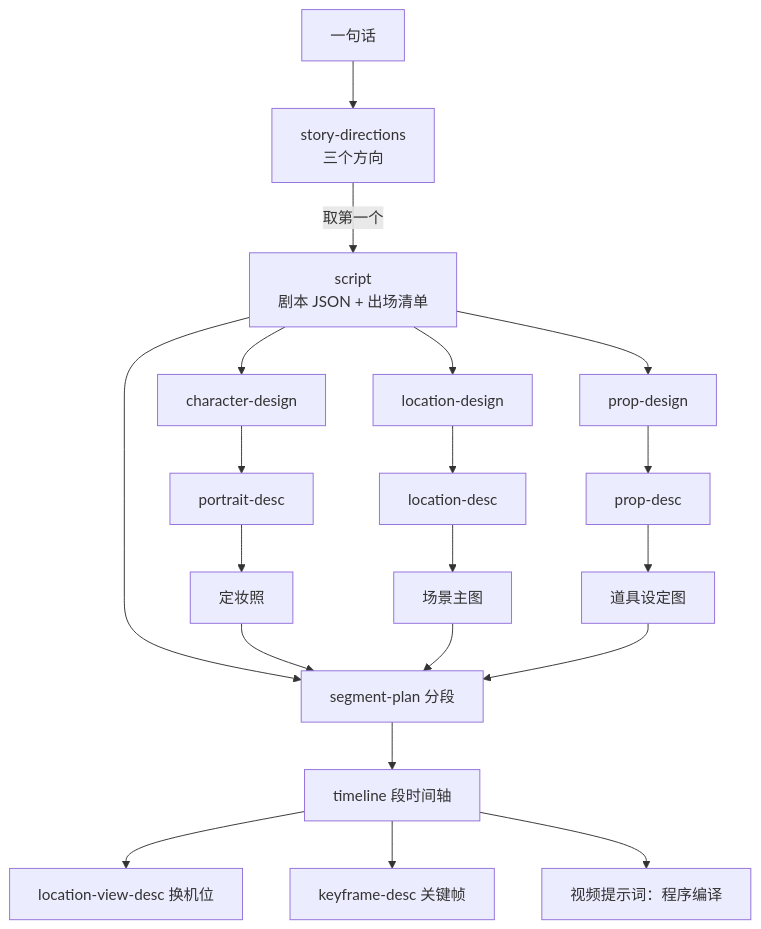
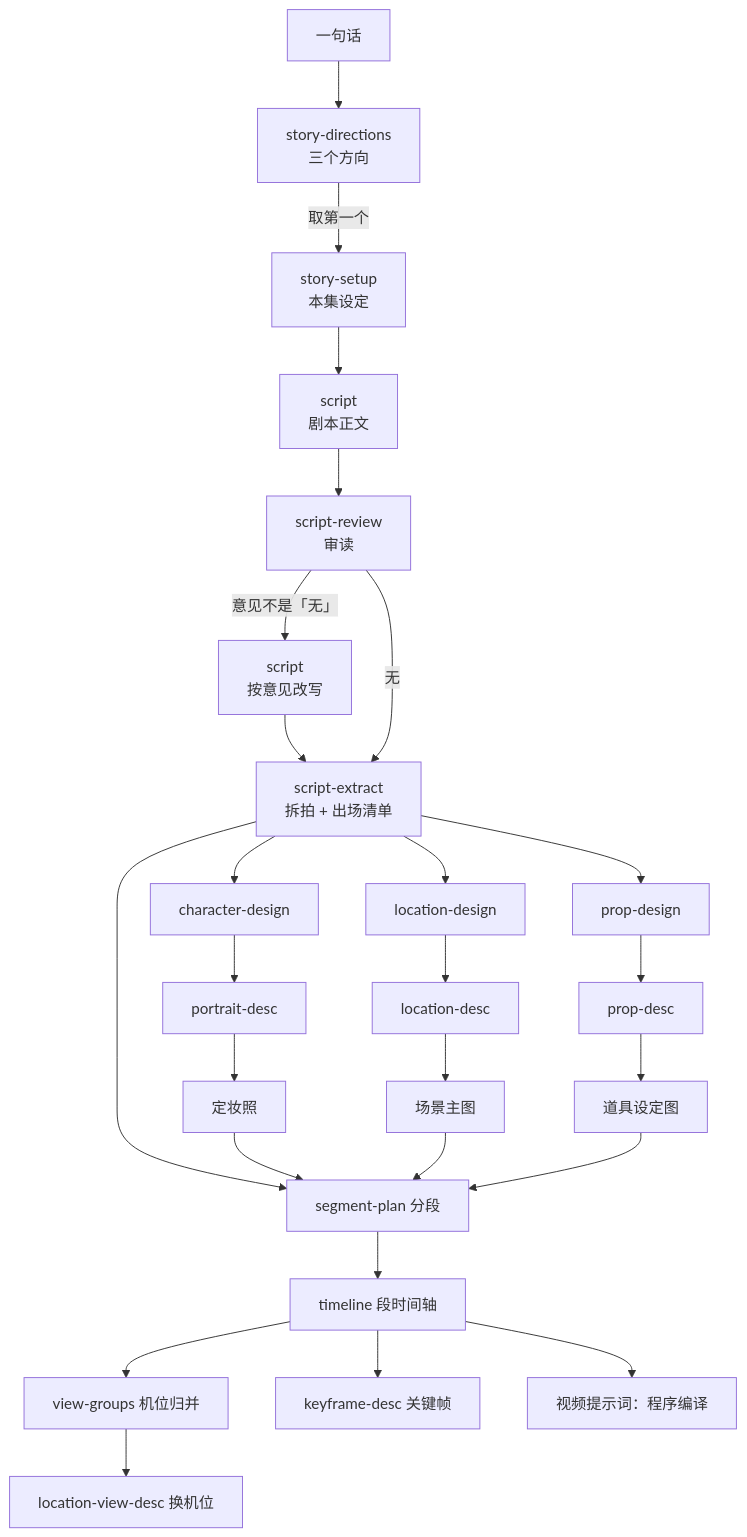
One commit to Muqian-Sun/yanxiang changed the diagram in docs/调研/现有提示词汇编.md. Above: the diagram before and after it, drawn with Mermaid. The commit also changed other lines of this file and 67 other files, not shown here.

````diff
--- a/docs/调研/现有提示词汇编.md
+++ b/docs/调研/现有提示词汇编.md
@@ -9,14 +9,20 @@
 ```mermaid
 flowchart TD
   A[一句话] --> B[story-directions<br/>三个方向]
-  B -->|取第一个| C[script<br/>剧本 JSON + 出场清单]
+  B -->|取第一个| S[story-setup<br/>本集设定]
+  S --> W[script<br/>剧本正文]
+  W --> R[script-review<br/>审读]
+  R -->|意见不是「无」| W2[script<br/>按意见改写]
+  W2 --> C[script-extract<br/>拆拍 + 出场清单]
+  R -->|无| C
   C --> D1[character-design] & D2[location-design] & D3[prop-design]
   D1 --> E1[portrait-desc] --> F1[定妆照]
   D2 --> E2[location-desc] --> F2[场景主图]
   D3 --> E3[prop-desc] --> F3[道具设定图]
   C --> G[segment-plan 分段]
   F1 & F2 & F3 --> G
   G --> H[timeline 段时间轴]
-  H --> I1[location-view-desc 换机位] & I2[keyframe-desc 关键帧]
+  H --> V[view-groups 机位归并] --> I1[location-view-desc 换机位]
+  H --> I2[keyframe-desc 关键帧]
   H --> J[视频提示词：程序编译]
 ```
````
